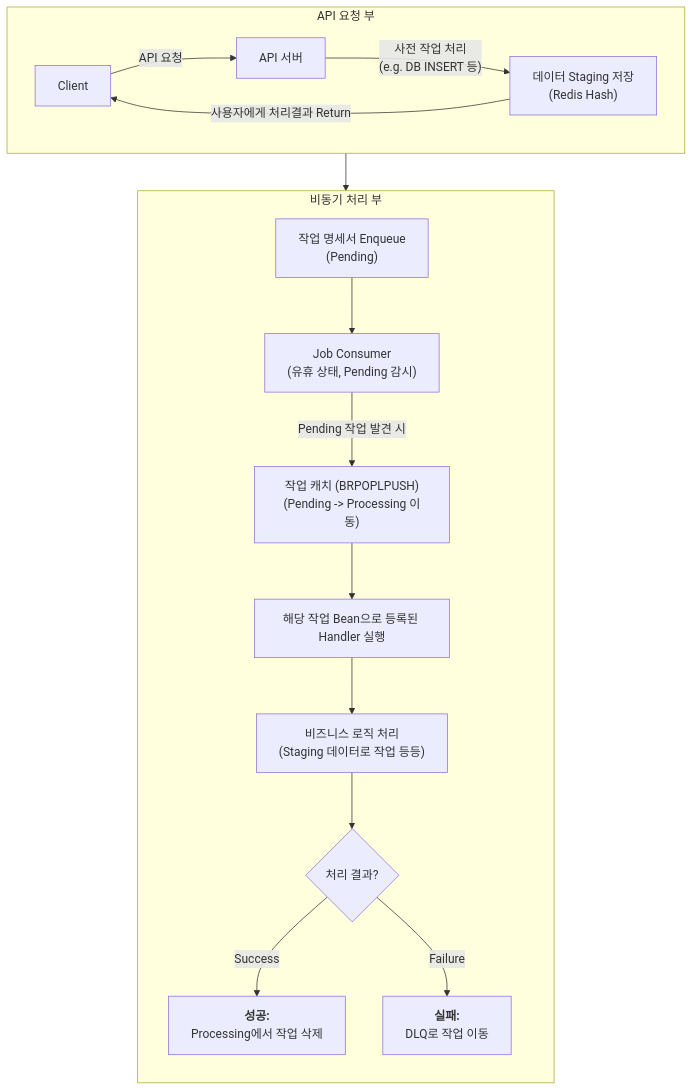
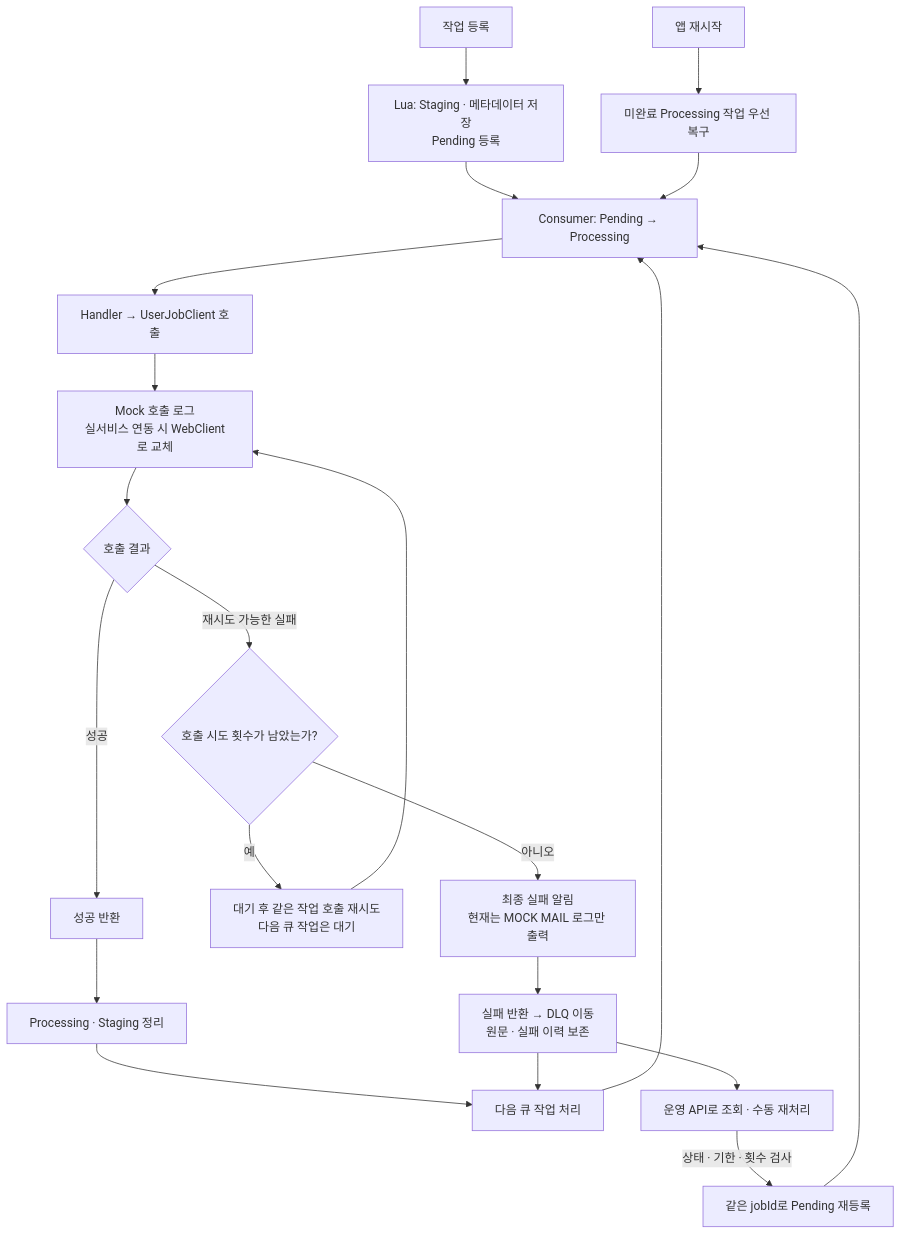
Before and after one commit to radiant1010/redis_queue: the diagram in README.md, drawn with Mermaid. The commit also changed other lines of this file and 52 other files, not shown here.

First line of the commit message:
feat(queue): 순차 처리 안정화 및 Mock 재시도·실패 알림 구현

````diff
--- a/README.md
+++ b/README.md
@@ -22,35 +22,23 @@
 ```mermaid
-    graph TD
-        subgraph "API 요청 부"
-            direction LR
-            A[Client] -- "API 요청" --> B["API 서버"]
-            B -- "사전 작업 처리<br/>(e.g. DB INSERT 등)" --> D{ }
-            D["데이터 Staging 저장<br>(Redis Hash)"]
-            D -- "사용자에게 처리결과 Return" --> A
-        end
-    
-        subgraph "비동기 처리 부"
-            direction TB
-    
-            E["작업 명세서 Enqueue<br>(Pending)"]
-    
-            F["Job Consumer<br>(유휴 상태, Pending 감시)"]
-            G["작업 캐치 (BRPOPLPUSH)<br>(Pending -> Processing 이동)"]
-            H["해당 작업 Bean으로 등록된 Handler 실행"]
-            I["비즈니스 로직 처리<br>(Staging 데이터로 작업 등등)"]
-            
-            %% 성공/실패 분기
-            J{처리 결과?}
-            K["<b>성공:</b><br>Processing에서 작업 삭제"]
-            L["<b>실패:</b><br>DLQ로 작업 이동"]
-        end
-        
-        D --> E
-        E --> F
-        F -- "Pending 작업 발견 시" --> G
-        G --> H
-        H --> I
-        I --> J
-        J -- "Success" --> K
-        J -- "Failure" --> L
+flowchart TD
+    A["작업 등록"] --> B["Lua: Staging · 메타데이터 저장<br/>Pending 등록"]
+    B --> C["Consumer: Pending → Processing"]
+    C --> D["Handler → UserJobClient 호출"]
+    D --> E["Mock 호출 로그<br/>실서비스 연동 시 WebClient로 교체"]
+    E --> F{"호출 결과"}
+    F -->|성공| G["성공 반환"]
+    F -->|재시도 가능한 실패| R{"호출 시도 횟수가 남았는가?"}
+    R -->|예| W["대기 후 같은 작업 호출 재시도<br/>다음 큐 작업은 대기"]
+    W --> E
+    R -->|아니오| M["최종 실패 알림<br/>현재는 MOCK MAIL 로그만 출력"]
+    M --> H["실패 반환 → DLQ 이동<br/>원문 · 실패 이력 보존"]
+    G --> I["Processing · Staging 정리"]
+    I --> N["다음 큐 작업 처리"]
+    H --> N
+    N --> C
+    H --> O["운영 API로 조회 · 수동 재처리"]
+    O -->|상태 · 기한 · 횟수 검사| B2["같은 jobId로 Pending 재등록"]
+    B2 --> C
+    S["앱 재시작"] --> P["미완료 Processing 작업 우선 복구"]
+    P --> C
 ```
````
